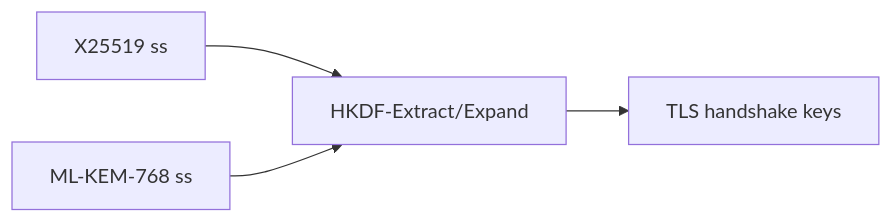
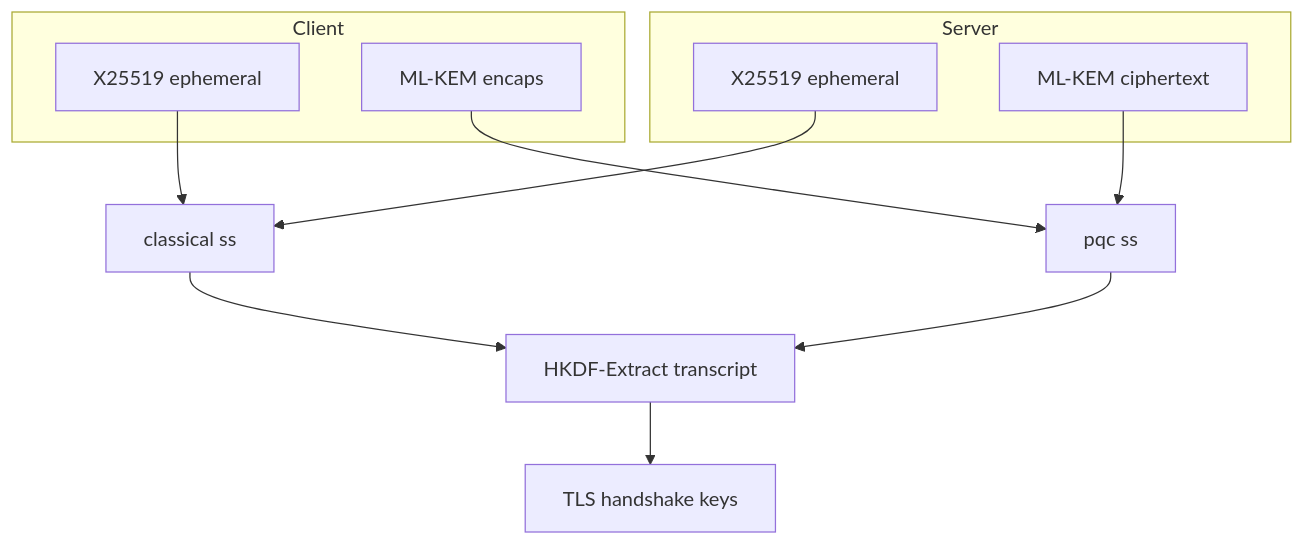
The first of 2 diagrams in manuscript/chapters/15-hybrid-schemes.md (kalyogyogi-ui/Ai-check-), drawn with Mermaid before and after one commit. The commit also changed other lines of this file and 31 other files, not shown here.

First line of the commit message:
Fix figure placement: in-section after intro text, repair corrupted headings

````diff
--- a/manuscript/chapters/15-hybrid-schemes.md
+++ b/manuscript/chapters/15-hybrid-schemes.md
@@ -7,6 +49,18 @@
 ```mermaid
-flowchart LR
-  C1[X25519 ss] --> HKDF[HKDF-Extract/Expand]
-  C2[ML-KEM-768 ss] --> HKDF
+flowchart TB
+  subgraph client [Client]
+    C1[X25519 ephemeral]
+    C2[ML-KEM encaps]
+  end
+  subgraph server [Server]
+    S1[X25519 ephemeral]
+    S2[ML-KEM ciphertext]
+  end
+  C1 --> SS1[classical ss]
+  S1 --> SS1
+  C2 --> SS2[pqc ss]
+  S2 --> SS2
+  SS1 --> HKDF[HKDF-Extract transcript]
+  SS2 --> HKDF
   HKDF --> KEYS[TLS handshake keys]
 ```
````
